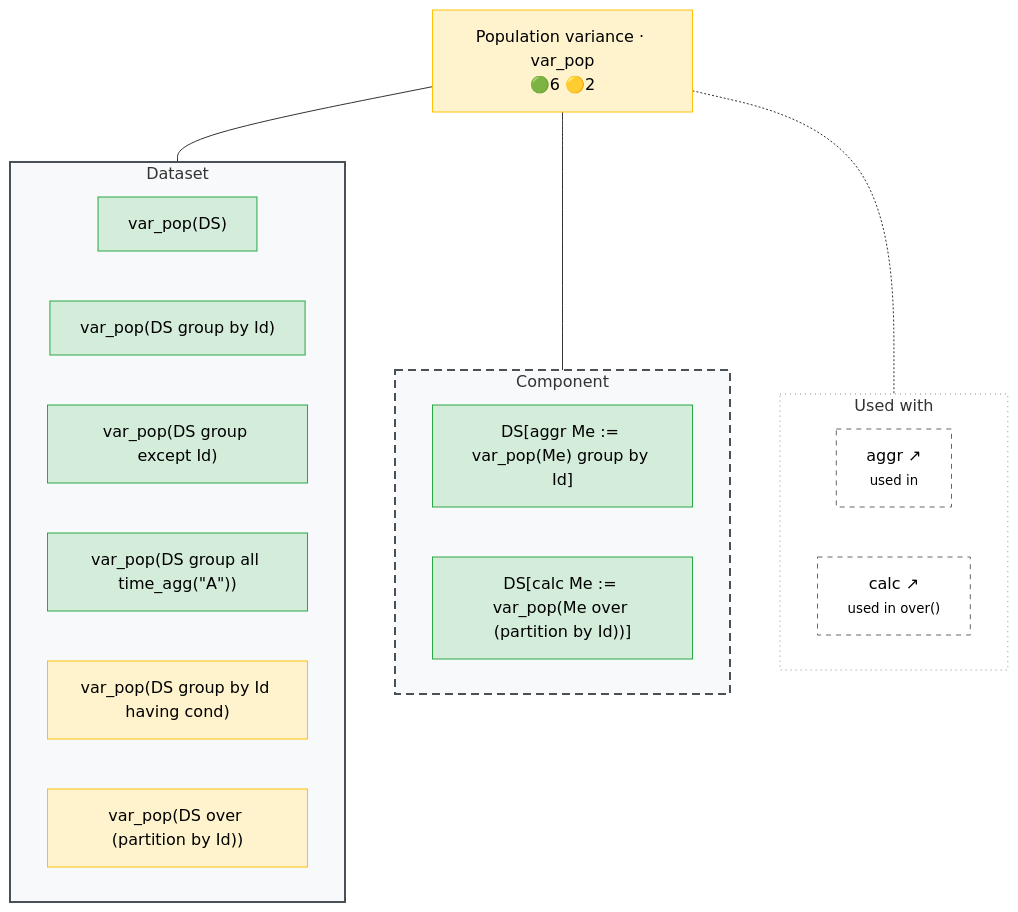
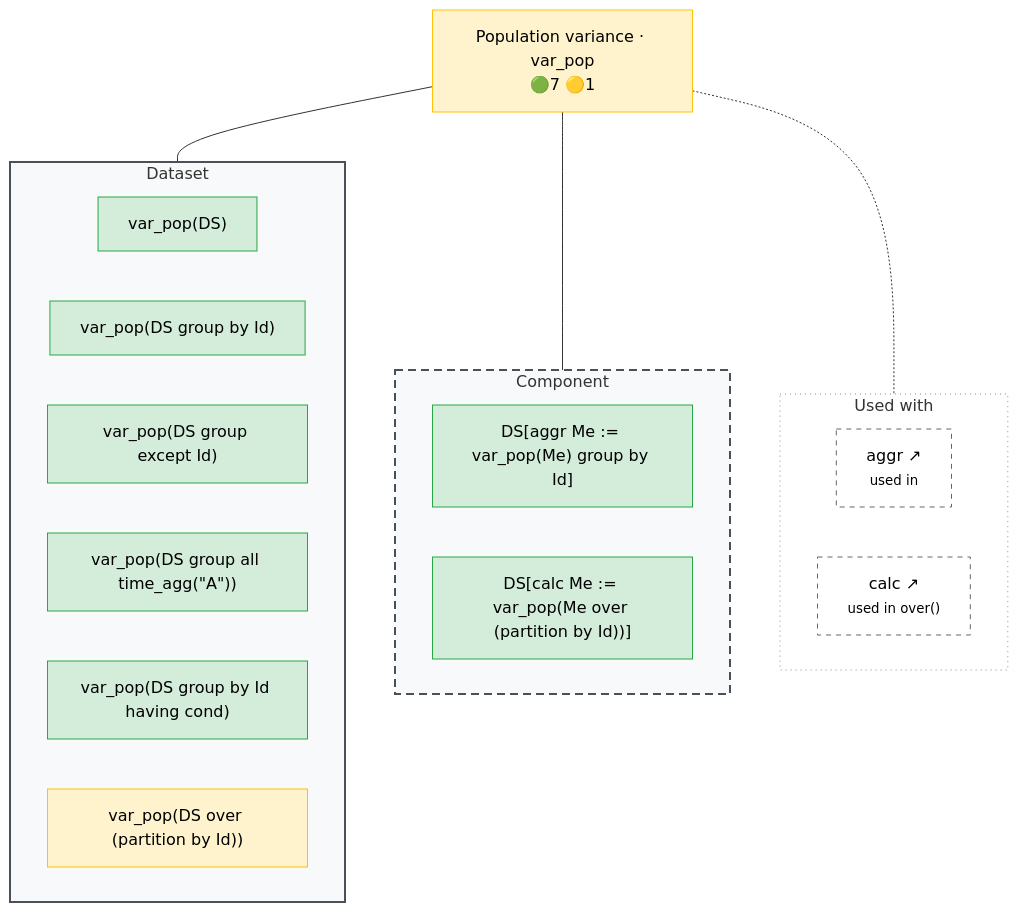
One commit to Meaningful-Data/vtlengine changed the diagram in docs/operator_map/aggregate/var_pop.rst. Above: the diagram before and after it, drawn with Mermaid. The commit also changed other lines of this file and 140 other files, not shown here.

```diff
--- a/docs/operator_map/aggregate/var_pop.rst
+++ b/docs/operator_map/aggregate/var_pop.rst
@@ -21,47 +21,47 @@
 .. mermaid::
    :config: {"flowchart": {"useMaxWidth": false}}
 
    flowchart TB
        classDef ok fill:#d4edda,stroke:#28a745,color:#000
        classDef partial fill:#fff3cd,stroke:#ffc107,color:#000
        classDef refused fill:#d4edda,stroke:#28a745,stroke-width:3px,stroke-dasharray: 2 2,color:#000
        classDef missing fill:#f8d7da,stroke:#dc3545,color:#000
        classDef diverge fill:#cce5ff,stroke:#007bff,color:#000
        classDef block fill:#2b3a4a,stroke:#2b3a4a,color:#fff,font-weight:bold
        classDef ext fill:#fff,stroke:#666,color:#000,stroke-dasharray: 5 5
-       O["Population variance · var_pop<br/>🟢6 🟡2"]:::partial
+       O["Population variance · var_pop<br/>🟢7 🟡1"]:::partial
        subgraph G_ds["Dataset"]
            direction LR
            v_ds_no_group["var_pop(DS)"]:::ok
            v_ds_group_by["var_pop(DS group by Id)"]:::ok
            v_ds_group_except["var_pop(DS group except Id)"]:::ok
            v_ds_group_all["var_pop(DS group all time_agg(#quot;A#quot;))"]:::ok
-           v_ds_having["var_pop(DS group by Id having cond)"]:::partial
+           v_ds_having["var_pop(DS group by Id having cond)"]:::ok
            v_analytic_ds["var_pop(DS over (partition by Id))"]:::partial
        end
        subgraph G_comp["Component"]
            direction LR
            v_comp_in_aggr["DS#91;aggr Me #58;#61; var_pop(Me) group by Id#93;"]:::ok
            v_analytic_comp["DS#91;calc Me #58;#61; var_pop(Me over (partition by Id))#93;"]:::ok
        end
        subgraph G_use["Used with"]
            direction LR
            used__clause__aggr["aggr ↗<br/><small>used in</small>"]:::ext
            used__clause__calc["calc ↗<br/><small>used in over()</small>"]:::ext
        end
        O --- G_ds
        O --- G_comp
        O -.- G_use
        style G_ds fill:#f8f9fa,stroke:#495057,stroke-width:2px
        style G_comp fill:#f8f9fa,stroke:#495057,stroke-width:2px,stroke-dasharray: 8 5
        style G_use fill:#ffffff,stroke:#868e96,stroke-width:1px,stroke-dasharray: 1 4
        click v_ds_no_group href "#form-ds-no-group"
        click v_ds_group_by href "#form-ds-group-by"
        click v_ds_group_except href "#form-ds-group-except"
        click v_ds_group_all href "#form-ds-group-all"
        click v_ds_having href "#form-ds-having"
        click v_comp_in_aggr href "#form-comp-in-aggr"
        click v_analytic_ds href "#form-analytic-ds"
        click v_analytic_comp href "#form-analytic-comp"
        click used__clause__aggr href "../clause/aggr.html" "Aggregation · aggr"
        click used__clause__calc href "../clause/calc.html" "Calculation of a Component · calc"
```
